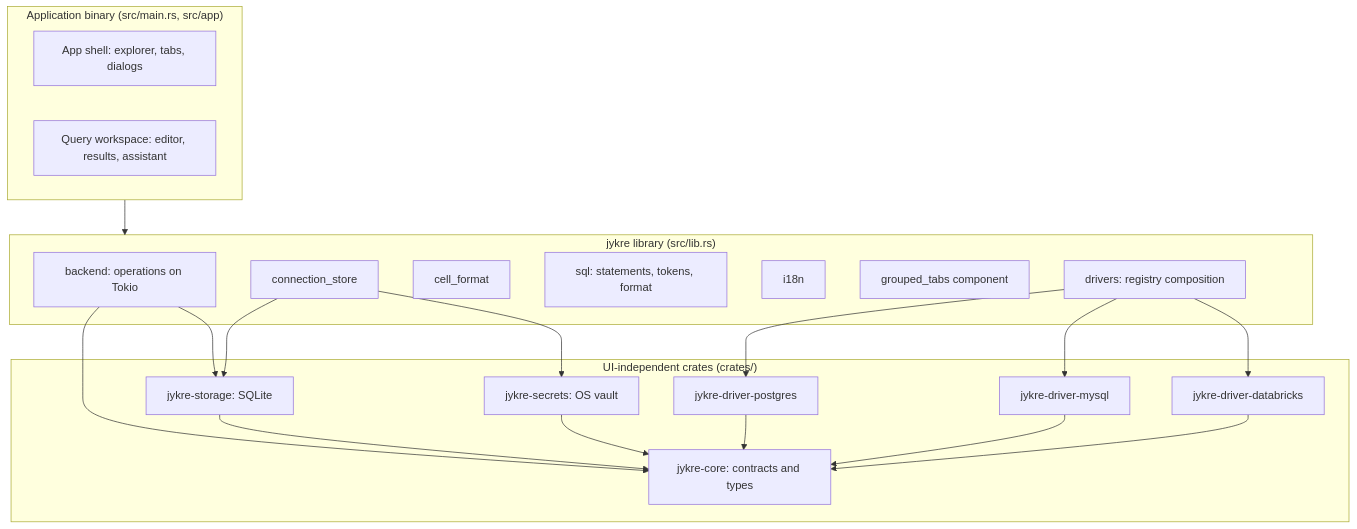
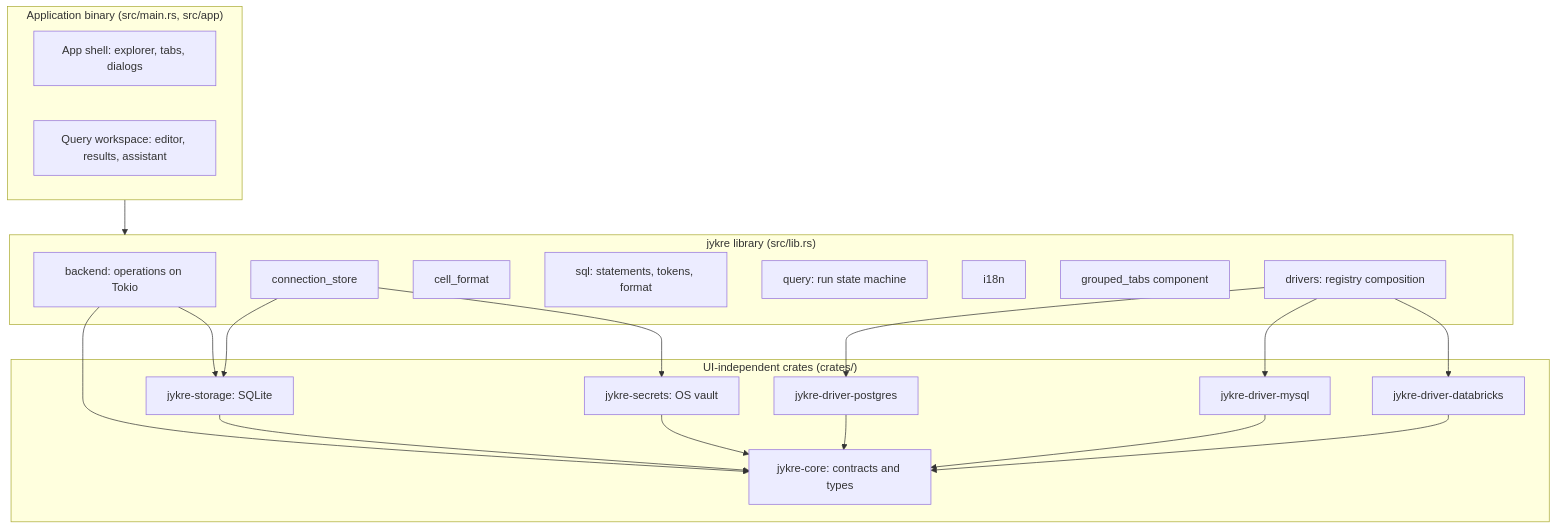
Before and after one commit to alandariva/jovru: the first of 2 diagrams in docs/architecture.md, drawn with Mermaid. The commit also changed other lines of this file and 6 other files, not shown here.

First line of the commit message:
Drive query runs from one state machine in the library

````diff
--- a/docs/architecture.md
+++ b/docs/architecture.md
@@ -11,40 +11,41 @@
 ```mermaid
 flowchart TB
     subgraph Bin["Application binary (src/main.rs, src/app)"]
         Shell[App shell: explorer, tabs, dialogs]
         Workspace[Query workspace: editor, results, assistant]
     end
 
     subgraph Lib["jykre library (src/lib.rs)"]
         Backend[backend: operations on Tokio]
         Store[connection_store]
         Format[cell_format]
         Sql[sql: statements, tokens, format]
+        Query[query: run state machine]
         I18n[i18n]
         Tabs[grouped_tabs component]
         Drivers[drivers: registry composition]
     end
 
     subgraph Crates["UI-independent crates (crates/)"]
         Core[jykre-core: contracts and types]
         Storage[jykre-storage: SQLite]
         Secrets[jykre-secrets: OS vault]
         PG[jykre-driver-postgres]
         MY[jykre-driver-mysql]
         DBX[jykre-driver-databricks]
     end
 
     Bin --> Lib
     Backend --> Core
     Backend --> Storage
     Store --> Storage
     Store --> Secrets
     Drivers --> PG
     Drivers --> MY
     Drivers --> DBX
     Storage --> Core
     Secrets --> Core
     PG --> Core
     MY --> Core
     DBX --> Core
 ```
````
